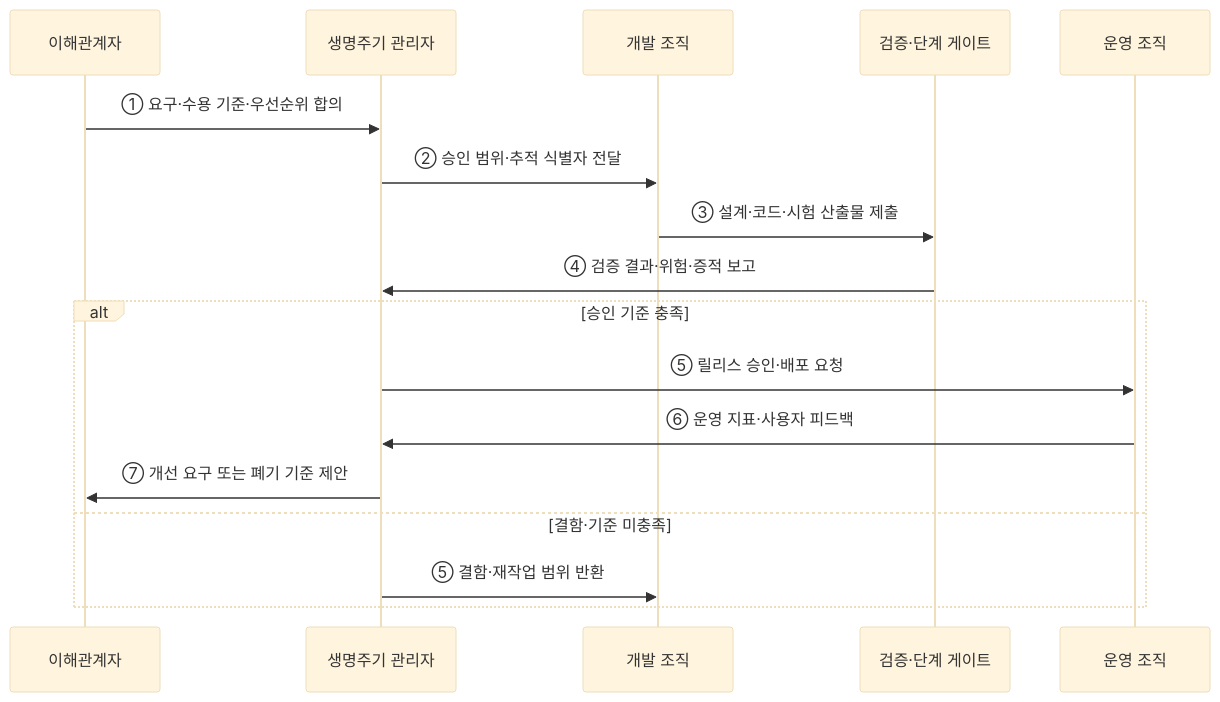
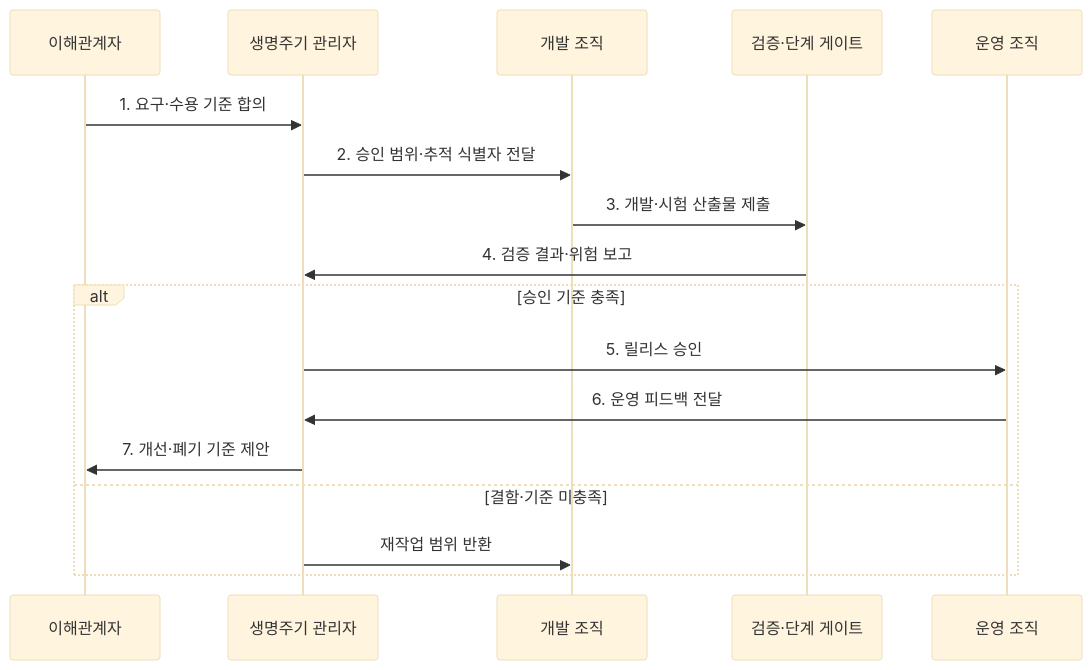
One commit to agnusdei1207/knowledge-base changed the second of 2 diagrams in src/content/docs/notes/03-software/030_software_development_lifecycle.md. Above: the diagram before and after it, drawn with Mermaid (base theme). The commit also changed other lines of this file and 20 other files, not shown here.

````diff
--- a/src/content/docs/notes/03-software/030_software_development_lifecycle.md
+++ b/src/content/docs/notes/03-software/030_software_development_lifecycle.md
@@ -83,20 +83,20 @@
 ```mermaid
 sequenceDiagram
     participant S as 이해관계자
     participant M as 생명주기 관리자
     participant D as 개발 조직
     participant V as 검증·단계 게이트
     participant O as 운영 조직
 
-    S->>M: ① 요구·수용 기준·우선순위 합의
-    M->>D: ② 승인 범위·추적 식별자 전달
-    D->>V: ③ 설계·코드·시험 산출물 제출
-    V->>M: ④ 검증 결과·위험·증적 보고
+    S->>M: 1. 요구·수용 기준 합의
+    M->>D: 2. 승인 범위·추적 식별자 전달
+    D->>V: 3. 개발·시험 산출물 제출
+    V->>M: 4. 검증 결과·위험 보고
     alt 승인 기준 충족
-        M->>O: ⑤ 릴리스 승인·배포 요청
-        O->>M: ⑥ 운영 지표·사용자 피드백
-        M->>S: ⑦ 개선 요구 또는 폐기 기준 제안
+        M->>O: 5. 릴리스 승인
+        O->>M: 6. 운영 피드백 전달
+        M->>S: 7. 개선·폐기 기준 제안
     else 결함·기준 미충족
-        M->>D: ⑤ 결함·재작업 범위 반환
+        M->>D: 재작업 범위 반환
     end
 ```
````
